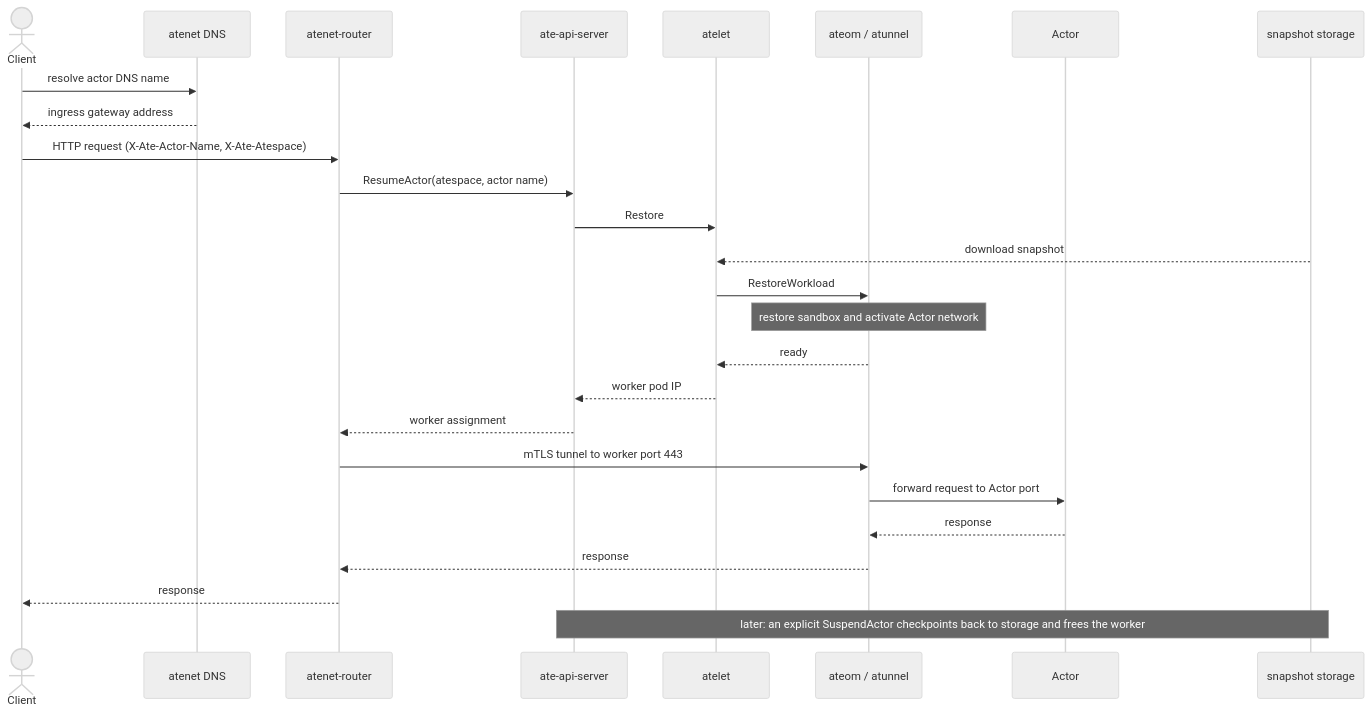
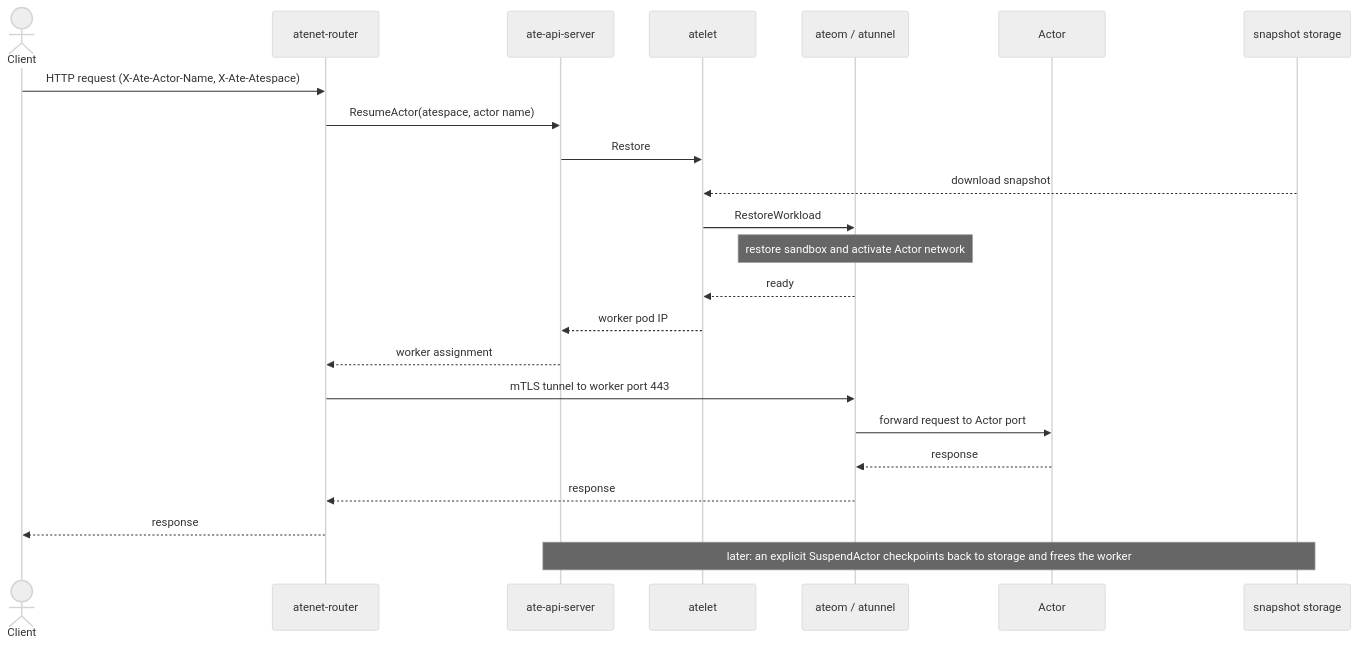
The second of 3 diagrams in docs/architecture.md (agent-substrate/substrate), drawn with Mermaid (neutral theme) before and after one commit. The commit also changed other lines of this file and 32 other files, not shown here.

````diff
--- a/docs/architecture.md
+++ b/docs/architecture.md
@@ -370,29 +368,26 @@
 ```mermaid
 sequenceDiagram
     actor Client
-    participant DNS as atenet DNS
     participant Gateway as atenet-router
     participant API as ate-api-server
     participant Atelet as atelet
     participant Tunnel as ateom / atunnel
     participant A as Actor
     participant Store as snapshot storage
 
-    Client->>DNS: resolve actor DNS name
-    DNS-->>Client: ingress gateway address
     Client->>Gateway: HTTP request (X-Ate-Actor-Name, X-Ate-Atespace)
     Gateway->>API: ResumeActor(atespace, actor name)
     API->>Atelet: Restore
     Store-->>Atelet: download snapshot
     Atelet->>Tunnel: RestoreWorkload
     Note over Tunnel: restore sandbox and activate Actor network
     Tunnel-->>Atelet: ready
     Atelet-->>API: worker pod IP
     API-->>Gateway: worker assignment
     Gateway->>Tunnel: mTLS tunnel to worker port 443
     Tunnel->>A: forward request to Actor port
     A-->>Tunnel: response
     Tunnel-->>Gateway: response
     Gateway-->>Client: response
     Note over API,Store: later: an explicit SuspendActor checkpoints back to storage and frees the worker
 ```
````
